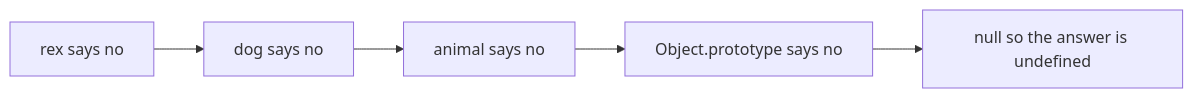
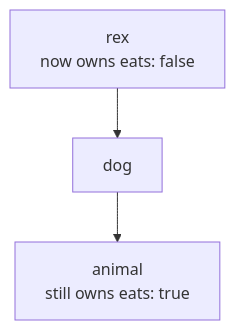
Before and after one commit to starjustice/research-material: the second of 4 diagrams in learn/javascript/07-objects-and-prototypes.md, drawn with Mermaid. The commit also changed other lines of this file, not shown here.

````diff
--- a/learn/javascript/07-objects-and-prototypes.md
+++ b/learn/javascript/07-objects-and-prototypes.md
@@ -85,7 +109,5 @@
 ```mermaid
-graph LR
-    R["rex says no"] --> D["dog says no"]
-    D --> A["animal says no"]
-    A --> O["Object.prototype says no"]
-    O --> N["null so the answer is undefined"]
+graph TB
+    R["rex<br/>now owns eats: false"] --> D["dog"]
+    D --> A["animal<br/>still owns eats: true"]
 ```
````
